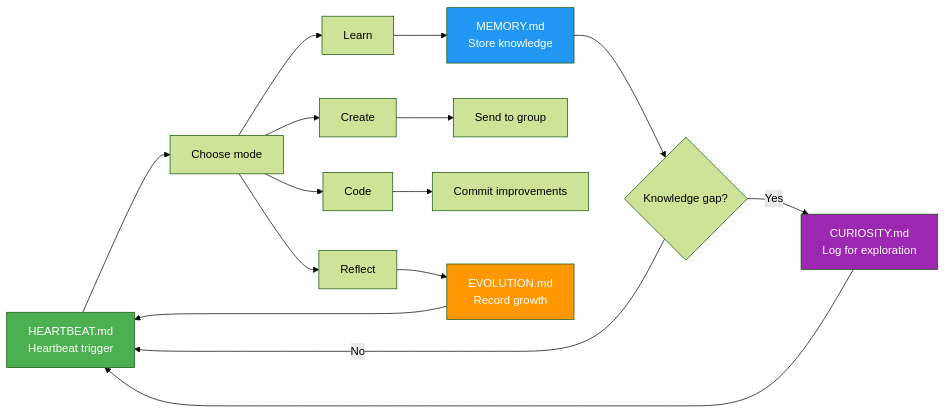
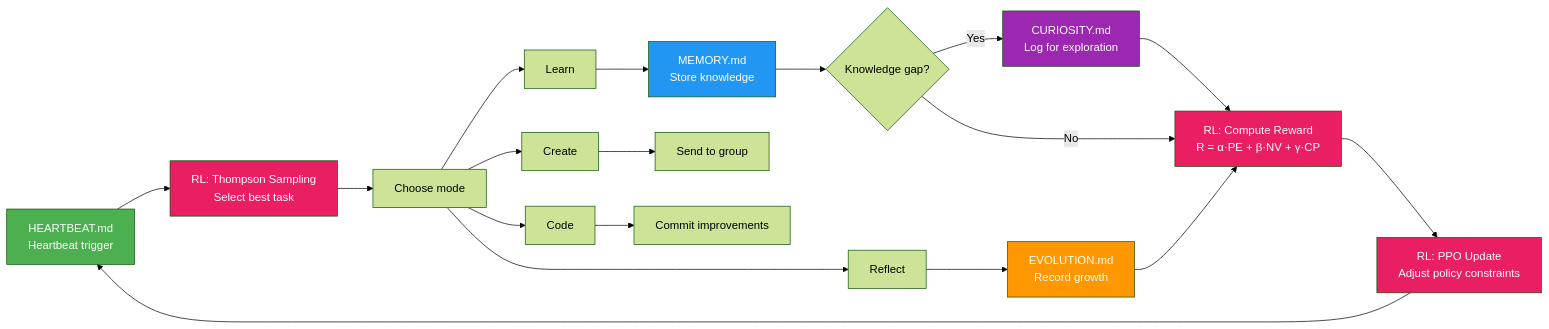
One commit to CodePothunter/lingque changed the diagram in README.md. Above: the diagram before and after it, drawn with Mermaid (forest theme). The commit also changed other lines of this file and 15 other files, not shown here.

````diff
--- a/README.md
+++ b/README.md
@@ -44,22 +44,28 @@
 ```mermaid
 graph LR
-    A["HEARTBEAT.md<br/>Heartbeat trigger"] --> B["Choose mode"]
+    A["HEARTBEAT.md<br/>Heartbeat trigger"] --> TS["RL: Thompson Sampling<br/>Select best task"]
+    TS --> B["Choose mode"]
     B --> C["Learn"]
     B --> D["Create"]
     B --> E["Code"]
     B --> F["Reflect"]
     C --> G["MEMORY.md<br/>Store knowledge"]
     D --> H["Send to group"]
     E --> I["Commit improvements"]
     F --> J["EVOLUTION.md<br/>Record growth"]
     G --> K{"Knowledge gap?"}
     K -- Yes --> L["CURIOSITY.md<br/>Log for exploration"]
-    L --> A
-    K -- No --> A
-    J --> A
+    L --> R["RL: Compute Reward<br/>R = α·PE + β·NV + γ·CP"]
+    R --> PPO["RL: PPO Update<br/>Adjust policy constraints"]
+    PPO --> A
+    K -- No --> R
+    J --> R
 
     style A fill:#4CAF50,color:#fff
     style G fill:#2196F3,color:#fff
     style J fill:#FF9800,color:#fff
     style L fill:#9C27B0,color:#fff
+    style TS fill:#E91E63,color:#fff
+    style R fill:#E91E63,color:#fff
+    style PPO fill:#E91E63,color:#fff
 ```
````
